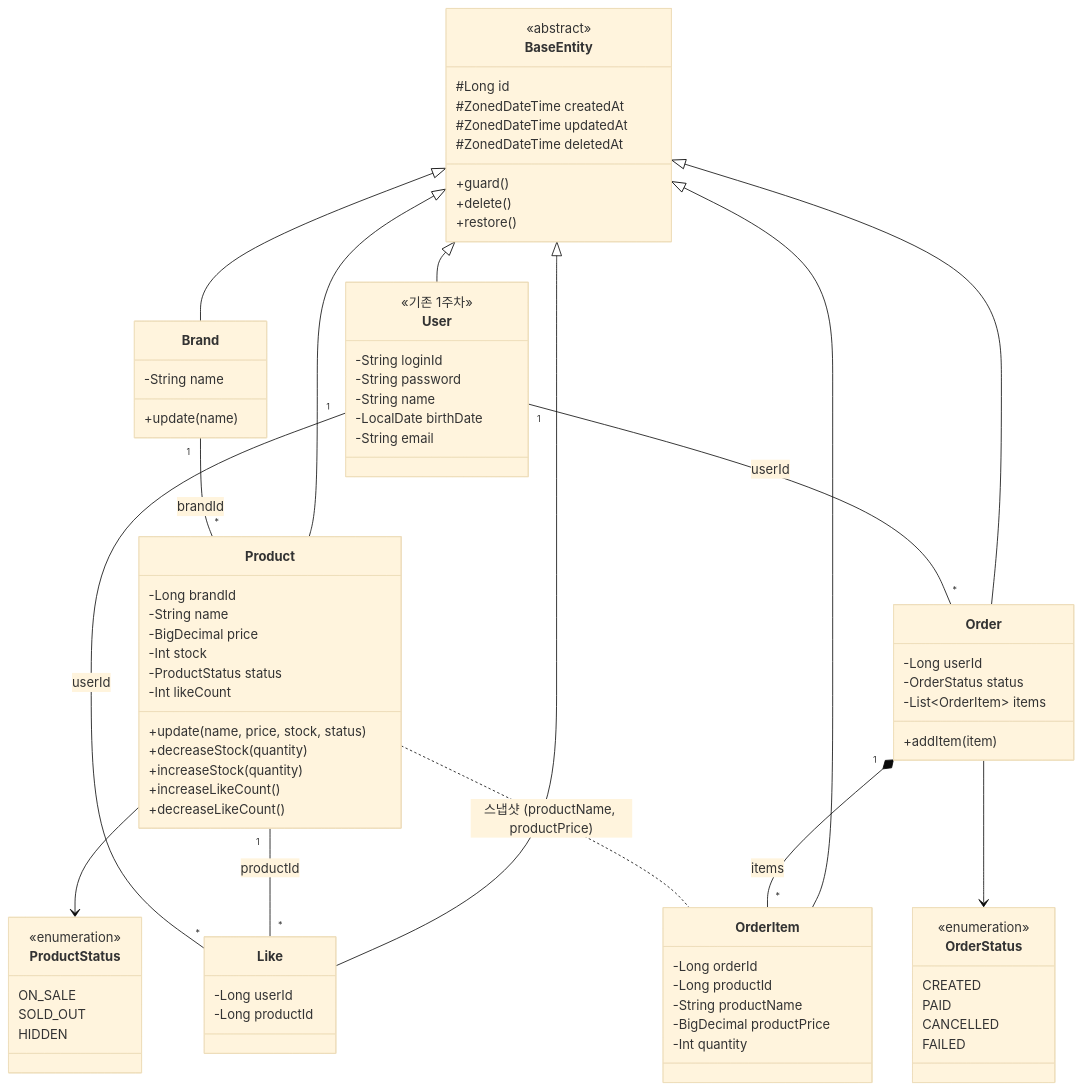
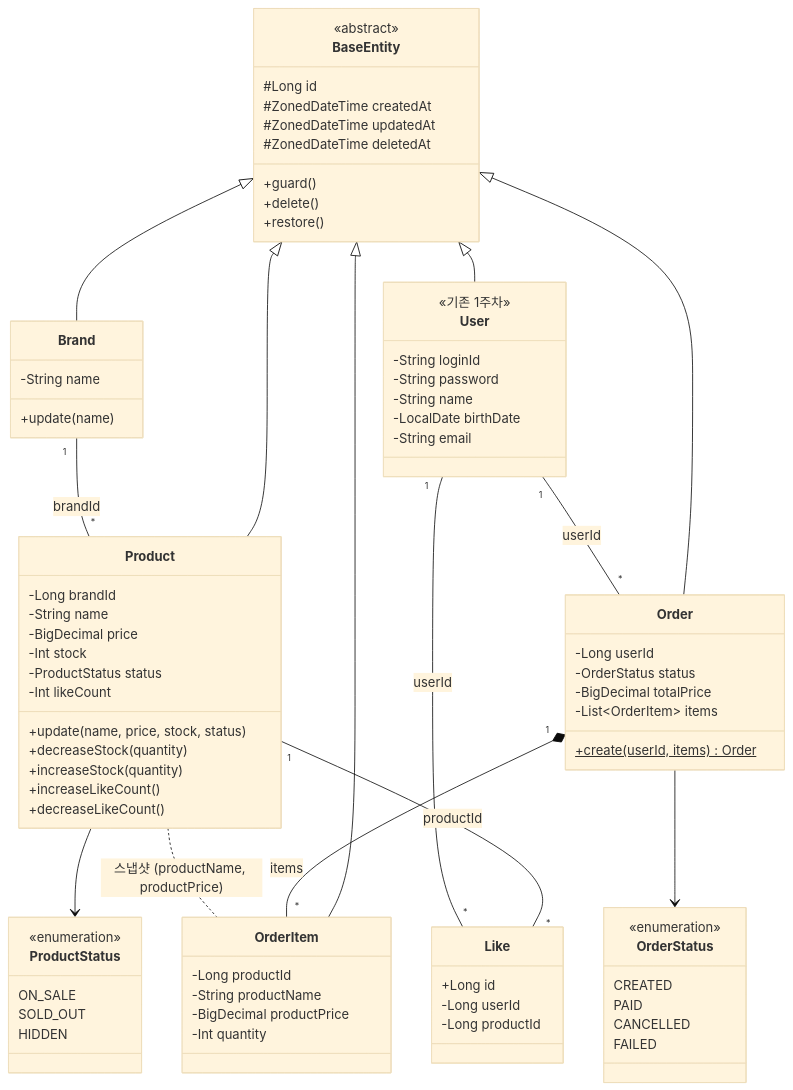
One commit to Loopers-dev-lab/loop-pack-be-l2-vol3-kotlin changed the first of 7 diagrams in docs/design/03-class-diagram.md. Above: the diagram before and after it, drawn with Mermaid (base theme). The commit also changed other lines of this file and 5 other files, not shown here.

```diff
--- a/docs/design/03-class-diagram.md
+++ b/docs/design/03-class-diagram.md
@@ -54,6 +54,7 @@
     }
 
     class Like {
+        +Long id
         -Long userId
         -Long productId
     }
@@ -61,12 +62,12 @@
     class Order {
         -Long userId
         -OrderStatus status
+        -BigDecimal totalPrice
         -List~OrderItem~ items
-        +addItem(item)
+        +create(userId, items)$ Order
     }
 
     class OrderItem {
-        -Long orderId
         -Long productId
         -String productName
         -BigDecimal productPrice
@@ -92,7 +93,6 @@
 
     BaseEntity <|-- Brand
     BaseEntity <|-- Product
-    BaseEntity <|-- Like
     BaseEntity <|-- Order
     BaseEntity <|-- OrderItem
     BaseEntity <|-- User
```
